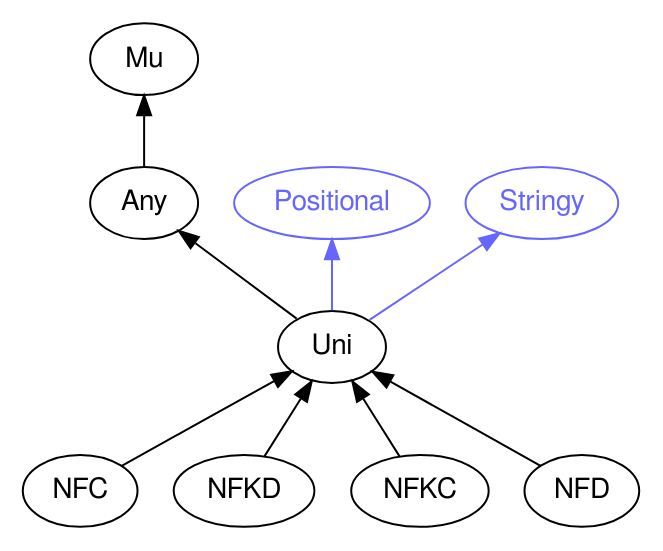
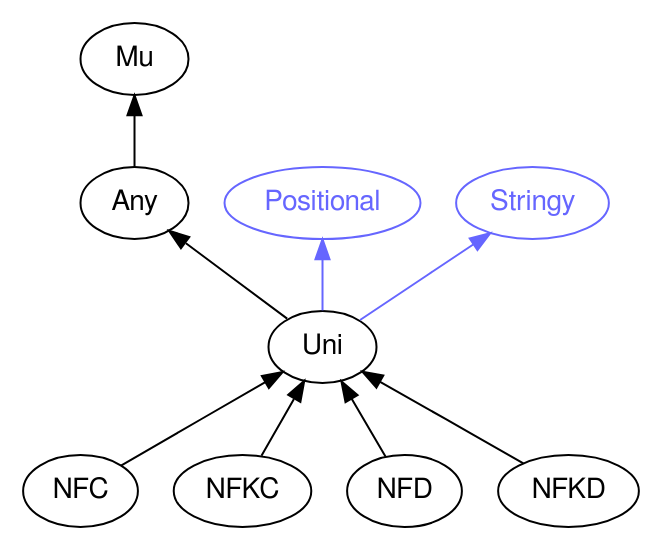
One commit to perl6docs/perl6docs.github.io changed the diagram in images/type-graph-Uni.svg.dot. Above: the diagram before and after it, drawn with Graphviz. The commit also changed other lines of this file and 4350 other files, not shown here.

```diff
--- a/images/type-graph-Uni.svg.dot
+++ b/images/type-graph-Uni.svg.dot
@@ -1,27 +1,27 @@
 digraph "perl6-type-graph" {
     rankdir=BT;
     splines=polyline;
     overlap=false; 
     // Types
     "Uni" [color="#000000", fontcolor="#000000", href="/type/Uni", fontname="FreeSans"];
     "Mu" [color="#000000", fontcolor="#000000", href="/type/Mu", fontname="FreeSans"];
     "Any" [color="#000000", fontcolor="#000000", href="/type/Any", fontname="FreeSans"];
     "Positional" [color="#6666FF", fontcolor="#6666FF", href="/type/Positional", fontname="FreeSans"];
     "Stringy" [color="#6666FF", fontcolor="#6666FF", href="/type/Stringy", fontname="FreeSans"];
     "NFC" [color="#000000", fontcolor="#000000", href="/type/NFC", fontname="FreeSans"];
-    "NFKD" [color="#000000", fontcolor="#000000", href="/type/NFKD", fontname="FreeSans"];
     "NFKC" [color="#000000", fontcolor="#000000", href="/type/NFKC", fontname="FreeSans"];
     "NFD" [color="#000000", fontcolor="#000000", href="/type/NFD", fontname="FreeSans"];
+    "NFKD" [color="#000000", fontcolor="#000000", href="/type/NFKD", fontname="FreeSans"];
 
     // Superclasses
     "Uni" -> "Any" [color="#000000"];
     "Any" -> "Mu" [color="#000000"];
     "NFC" -> "Uni" [color="#000000"];
-    "NFKD" -> "Uni" [color="#000000"];
     "NFKC" -> "Uni" [color="#000000"];
     "NFD" -> "Uni" [color="#000000"];
+    "NFKD" -> "Uni" [color="#000000"];
 
     // Roles
     "Uni" -> "Positional" [color="#6666FF"];
     "Uni" -> "Stringy" [color="#6666FF"];
 }
```
